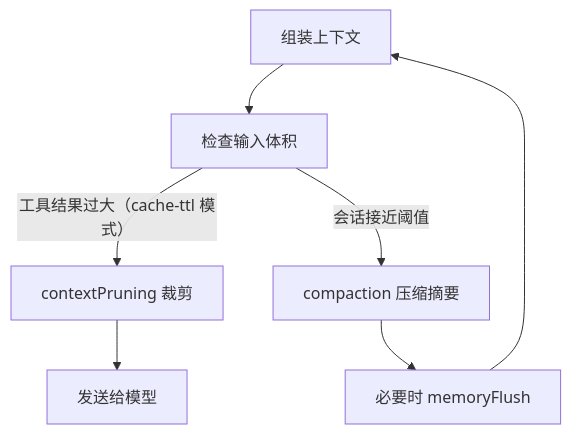
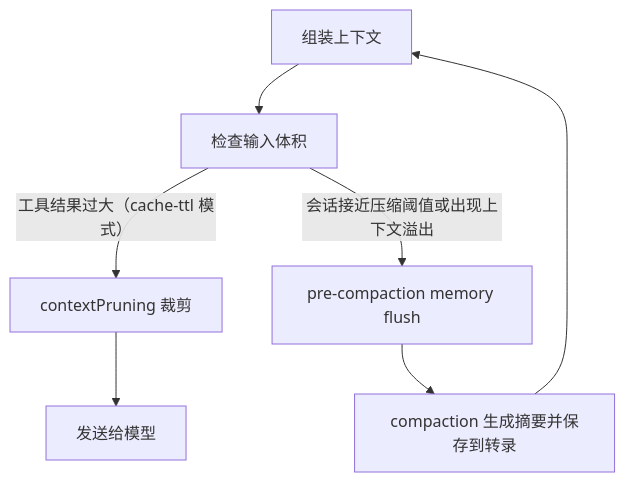
One commit to yeasy/openclaw_guide changed the diagram in 06_context_memory/6.4_compaction_pruning.md. Above: the diagram before and after it, drawn with Mermaid. The commit also changed other lines of this file and 53 other files, not shown here.

````diff
--- a/06_context_memory/6.4_compaction_pruning.md
+++ b/06_context_memory/6.4_compaction_pruning.md
@@ -25,9 +25,9 @@
 ```mermaid
 flowchart TD
   A["组装上下文"] --> B["检查输入体积"]
   B -->|"工具结果过大（cache-ttl 模式）"| C["contextPruning 裁剪"]
   C --> D["发送给模型"]
-  B -->|"会话接近阈值"| E["compaction 压缩摘要"]
-  E --> F["必要时 memoryFlush"]
+  B -->|"会话接近压缩阈值或出现上下文溢出"| E["pre-compaction memory flush"]
+  E --> F["compaction 生成摘要并保存到转录"]
   F --> A
 ```
````
